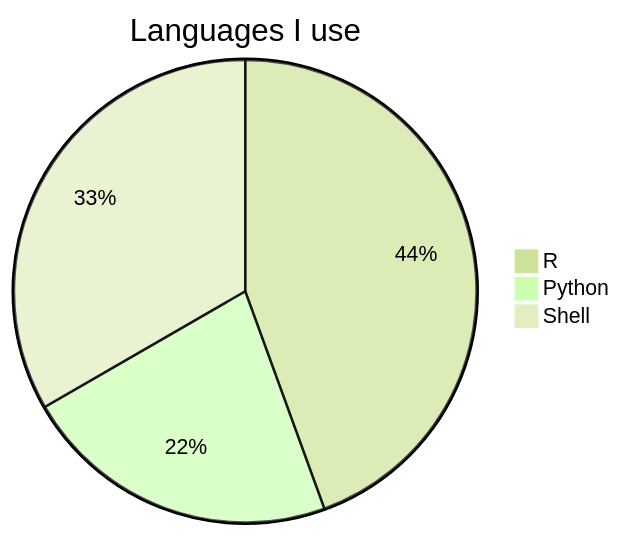
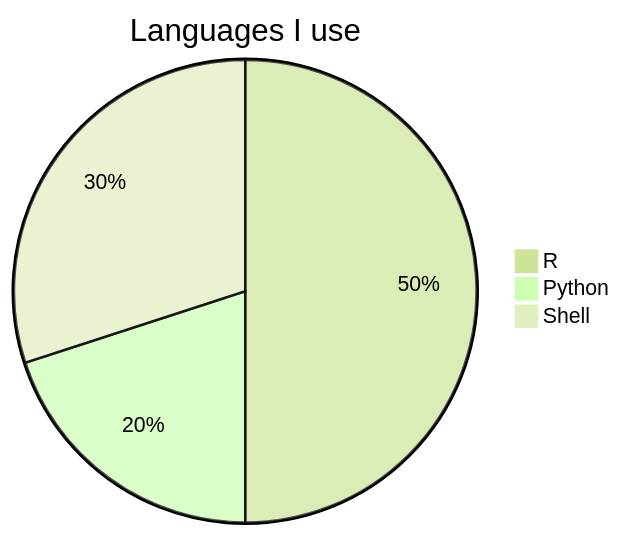
The diagram in README.md (alexchaichan/alexchaichan), drawn with Mermaid (forest theme) before and after one commit.

````diff
--- a/README.md
+++ b/README.md
@@ -1,7 +1,7 @@
 ```mermaid
 pie
     title Languages I use
-    "R" : 4
+    "R" : 5
     "Python" : 2
     "Shell" : 3 
 ```
````
